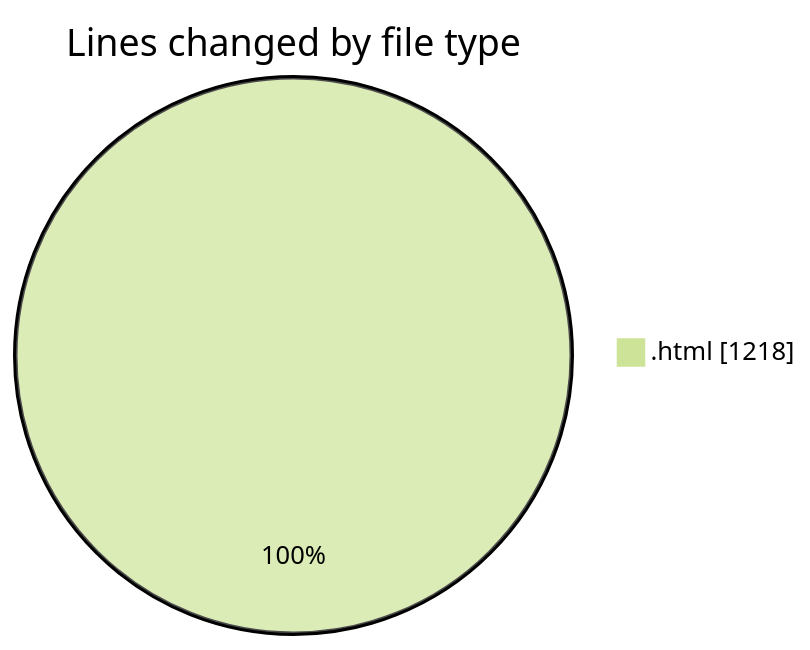
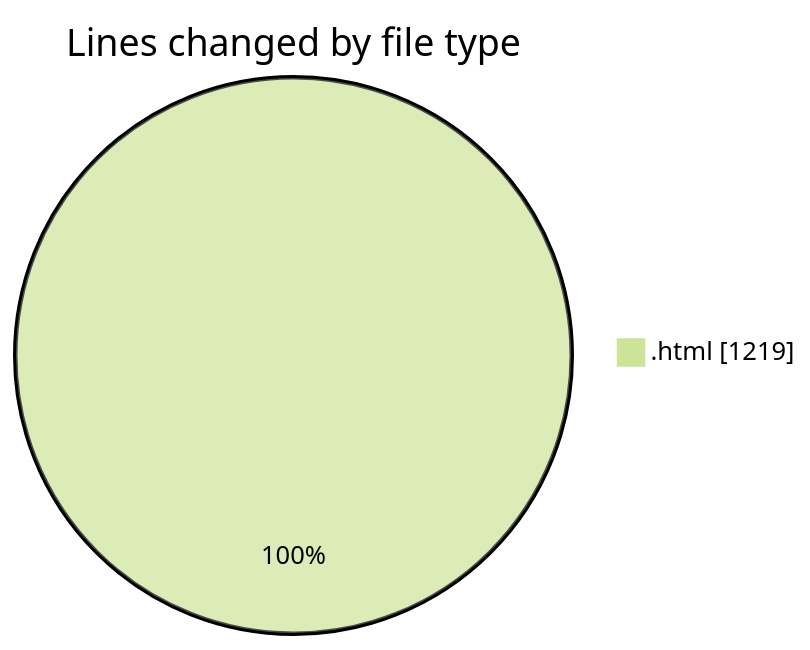
One commit to vahidmafi/code-tracking changed the first of 2 diagrams in 2025-09-06/www/README.md. Above: the diagram before and after it, drawn with Mermaid (forest theme). The commit also changed other lines of this file and 1 other file, not shown here.

````diff
--- a/2025-09-06/www/README.md
+++ b/2025-09-06/www/README.md
@@ -21,5 +21,5 @@
 ```mermaid
 pie showData
 title Lines changed by file type
-".html" : 1218
+".html" : 1219
 ```
````
